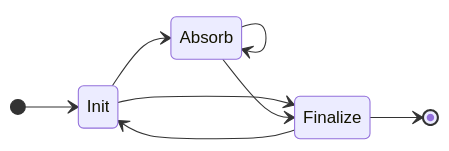
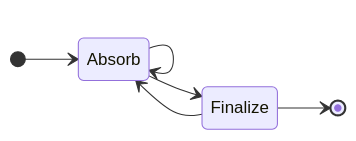
The diagram in specs/keccak256/variable-length-input.md (privacy-scaling-explorations/zkevm-specs), drawn with Mermaid before and after one commit. The commit also changed other lines of this file, not shown here.

Commit message:
init state can be simplified to absorb state

````diff
--- a/specs/keccak256/variable-length-input.md
+++ b/specs/keccak256/variable-length-input.md
@@ -22,11 +22,9 @@
 ```mermaid
 stateDiagram-v2
     direction LR
-    [*] --> Init
-    Init --> Absorb
-    Init --> Finalize
+    [*] --> Absorb
     Absorb --> Absorb
     Absorb --> Finalize
-    Finalize --> Init
+    Finalize --> Absorb
     Finalize --> [*]
 ```
````
